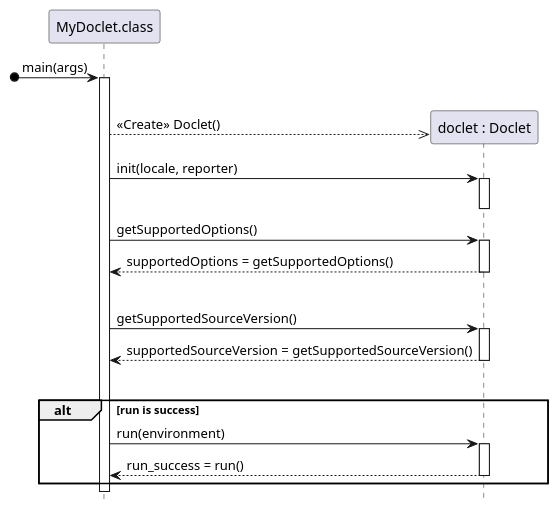
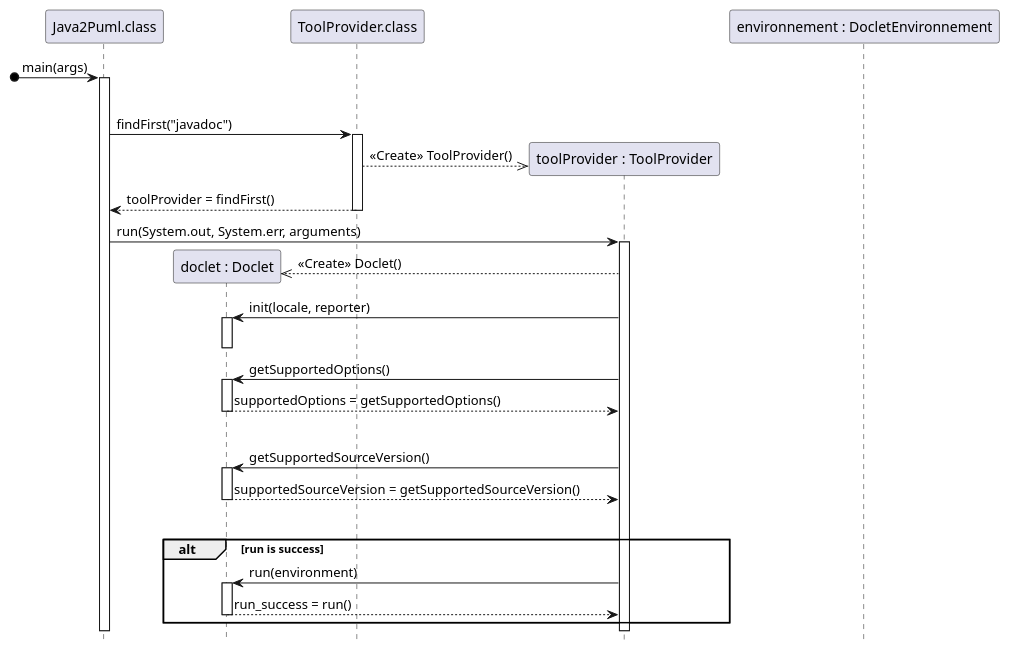
Before and after one commit to karimelkaid/PumlFromJava: the diagram in uml/Appel_Doclet_DS.puml, drawn with PlantUML. The commit also changed 11 other files, not shown here.

```diff
--- a/uml/Appel_Doclet_DS.puml
+++ b/uml/Appel_Doclet_DS.puml
@@ -1,36 +1,50 @@
 @startuml
 'https://plantuml.com/sequence-diagram
 
 hide footbox
 
-participant MyDoclet.class as main
+participant Java2Puml.class as main
 participant "doclet : Doclet" as doclet
+participant ToolProvider.class as TP
+participant "toolProvider : ToolProvider" as toolProvider
+participant "environnement : DocletEnvironnement" as environnement
 
 [o-> main ++: main(args)
 |||
 
-main -->> doclet ** : <<Create>> Doclet()
+main -> TP ++ : findFirst("javadoc")
 
-main -> doclet ++: init(locale, reporter)
+'Celui là pas sûr
+TP -->> toolProvider ** : <<Create>> ToolProvider()
+
+return toolProvider = findFirst()
+
+main -> toolProvider ++ : run(System.out, System.err, arguments)
+
+toolProvider -->> doclet ** : <<Create>> Doclet()
+
+toolProvider -> doclet ++: init(locale, reporter)
 deactivate
 
-main -> doclet ++: getSupportedOptions()
+toolProvider -> doclet ++: getSupportedOptions()
 return supportedOptions = getSupportedOptions()
 |||
 
-main -> doclet ++ : getSupportedSourceVersion()
+toolProvider -> doclet ++ : getSupportedSourceVersion()
 return supportedSourceVersion = getSupportedSourceVersion()
 |||
 
+'toolProvider -->> environnement **: <<Create>> DocletEnvironnement()
+
 alt run is success
 
-    main -> doclet ++: run(environment)
+    toolProvider -> doclet ++: run(environment)
     return run_success = run()
 
 end alt
 
 
 
 
 
 @enduml
```
